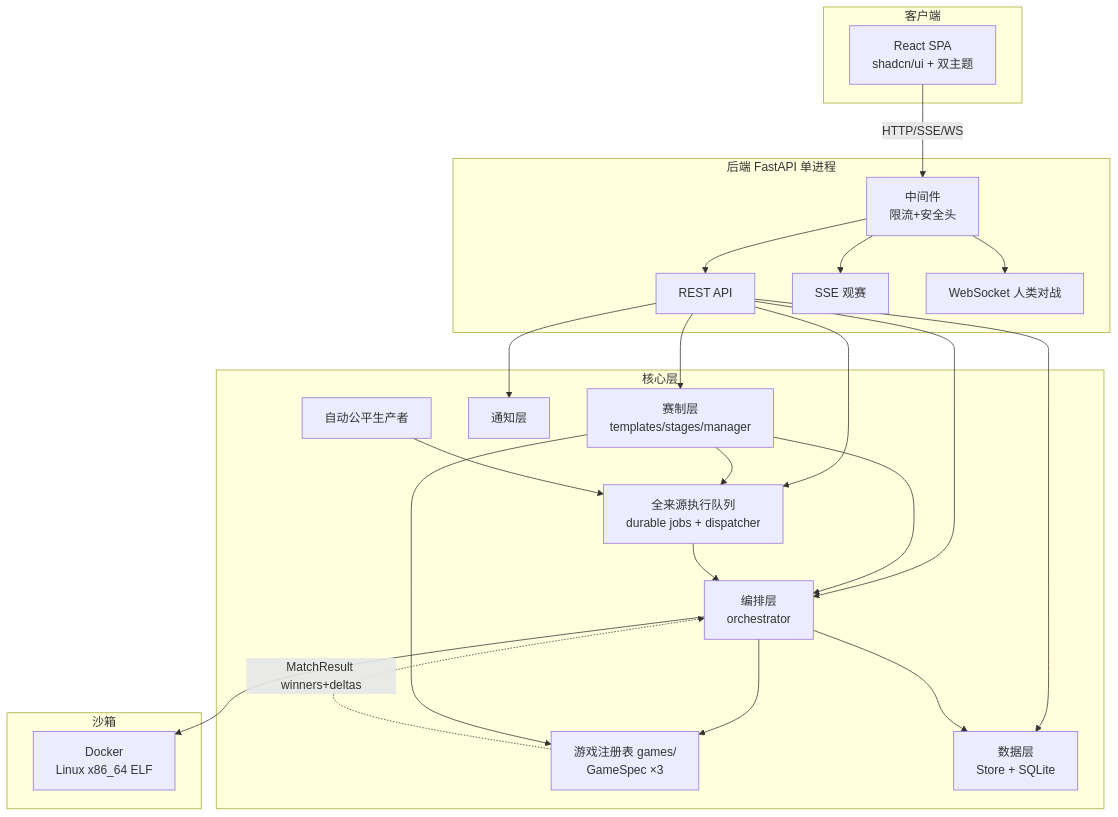
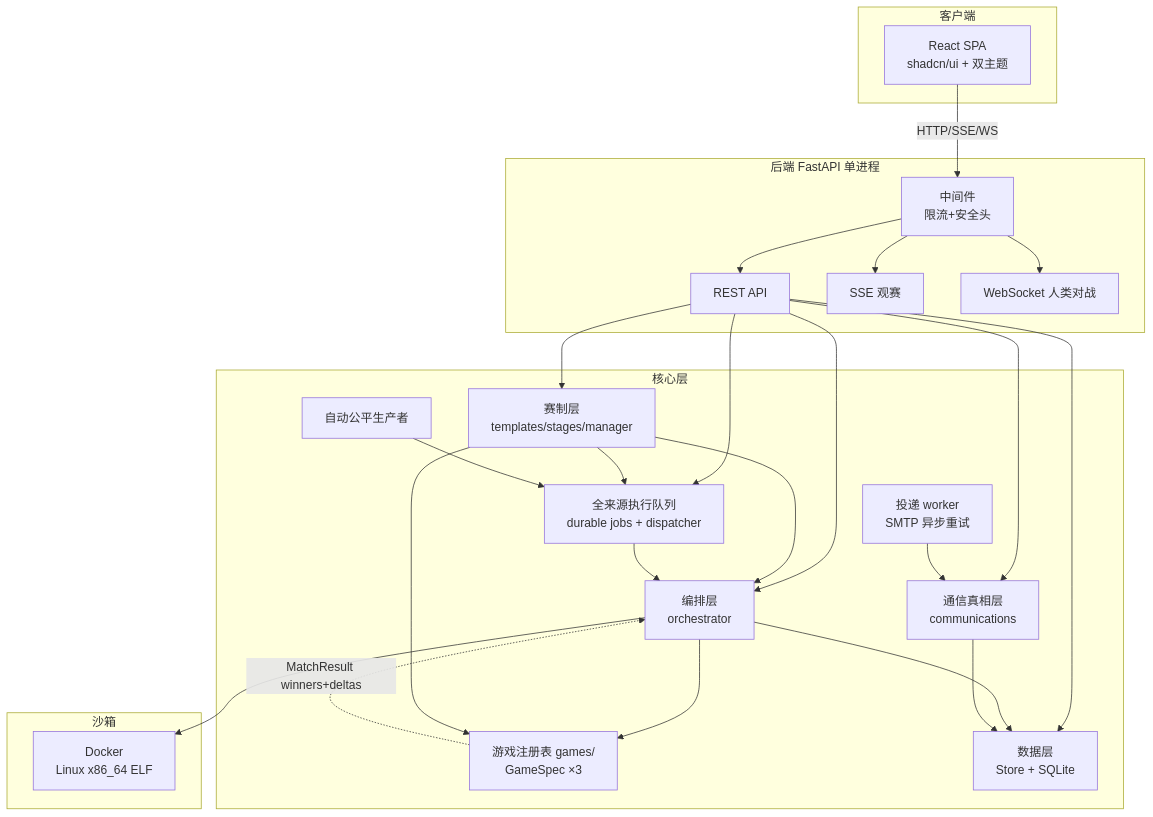
Before and after one commit to zhouzixiang1/botbattle: the first of 2 diagrams in doc/DESIGN.md, drawn with Mermaid. The commit also changed other lines of this file and 30 other files, not shown here.

````diff
--- a/doc/DESIGN.md
+++ b/doc/DESIGN.md
@@ -11,37 +11,40 @@
 ```mermaid
 graph TB
     subgraph 客户端
         FE[React SPA<br/>shadcn/ui + 双主题]
     end
     subgraph 后端 FastAPI 单进程
         API[REST API]
         SSE[SSE 观赛]
         WS[WebSocket 人类对战]
         MW[中间件<br/>限流+安全头]
     end
     subgraph 核心层
         ORCH[编排层<br/>orchestrator]
         GAMES[游戏注册表 games/<br/>GameSpec ×3]
         CONTEST[赛制层<br/>templates/stages/manager]
         STORE[数据层<br/>Store + SQLite]
-        NOTIFY[通知层]
         EXEC[全来源执行队列<br/>durable jobs + dispatcher]
         AUTO[自动公平生产者]
+        COMM[通信真相层<br/>communications]
+        WORKER[投递 worker<br/>SMTP 异步重试]
     end
     subgraph 沙箱
         DOCKER[Docker<br/>Linux x86_64 ELF]
     end
     FE -->|HTTP/SSE/WS| MW
     MW --> API & SSE & WS
-    API --> ORCH & CONTEST & STORE & NOTIFY
+    API --> ORCH & CONTEST & STORE & COMM
     ORCH --> GAMES
     ORCH --> DOCKER
     ORCH --> STORE
     CONTEST --> ORCH
     CONTEST --> GAMES
     API --> EXEC
     CONTEST --> EXEC
     AUTO --> EXEC
     EXEC --> ORCH
+    COMM --> STORE
+    WORKER --> COMM
     GAMES -.->|MatchResult winners+deltas| ORCH
 ```
````
